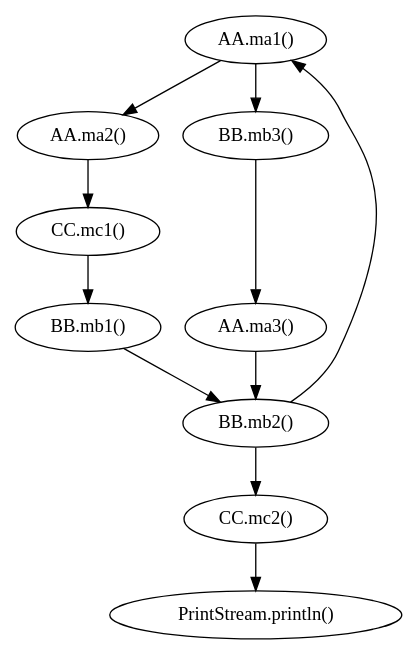
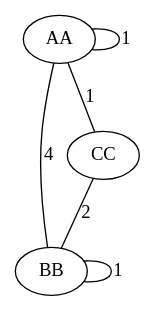
Before and after one commit to L-zed/TP2_AnalyseStatique: the diagram in TP2/target/classes/graph.dot, drawn with Graphviz. The commit also changed 20 other files, not shown here.

Commit message:
exercice1 : couplage + graph de couplage pondéré

```diff
--- a/TP2/target/classes/graph.dot
+++ b/TP2/target/classes/graph.dot
@@ -1,12 +1,8 @@
 digraph "graph" {
-	"AA.ma1()"->"AA.ma2()";
-	"AA.ma1()"->"BB.mb3()";
-	"AA.ma2()"->"CC.mc1()";
-	"AA.ma3()"->"BB.mb2()";
-	"CC.mc1()"->"BB.mb1()";
-	"CC.mc2()"->"PrintStream.println()";
-	"BB.mb1()"->"BB.mb2()";
-	"BB.mb2()"->"CC.mc2()";
-	"BB.mb2()"->"AA.ma1()";
-	"BB.mb3()"->"AA.ma3()";
+edge[dir=none]
+"AA"->"AA" [ label="1" ]
+"AA"->"BB" [ label="4" ]
+"AA"->"CC" [ label="1" ]
+"CC"->"BB" [ label="2" ]
+"BB"->"BB" [ label="1" ]
 }
```
